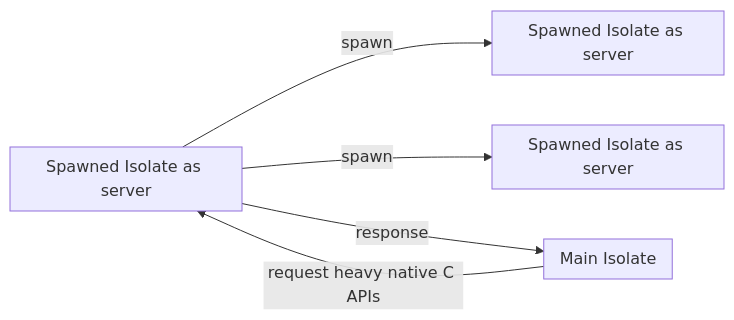
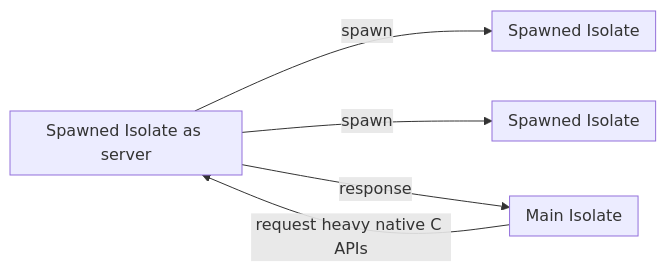
Before and after one commit to sensuikan1973/flutter_expensive_native_embedding_journey: the third of 3 diagrams in slide/pages/journey_native_C_APIs.md, drawn with Mermaid.

````diff
--- a/slide/pages/journey_native_C_APIs.md
+++ b/slide/pages/journey_native_C_APIs.md
@@ -83,15 +83,15 @@
 ```mermaid
 flowchart LR
     subgraph M ["Main#32;Isolate"]
     end
     M -->|"request#32;heavy#32;native#32;C#32;APIs"| S
     subgraph S ["Spawned#32;Isolate#32;as#32;server"]
     end
     S -->|spawn| S2
     S -->|spawn| S3
-    subgraph S2 ["Spawned#32;Isolate#32;as#32;server"]
+    subgraph S2 ["Spawned#32;Isolate"]
     end
-    subgraph S3 ["Spawned#32;Isolate#32;as#32;server"]
+    subgraph S3 ["Spawned#32;Isolate"]
     end
     S -->|response| M
 ```
````
